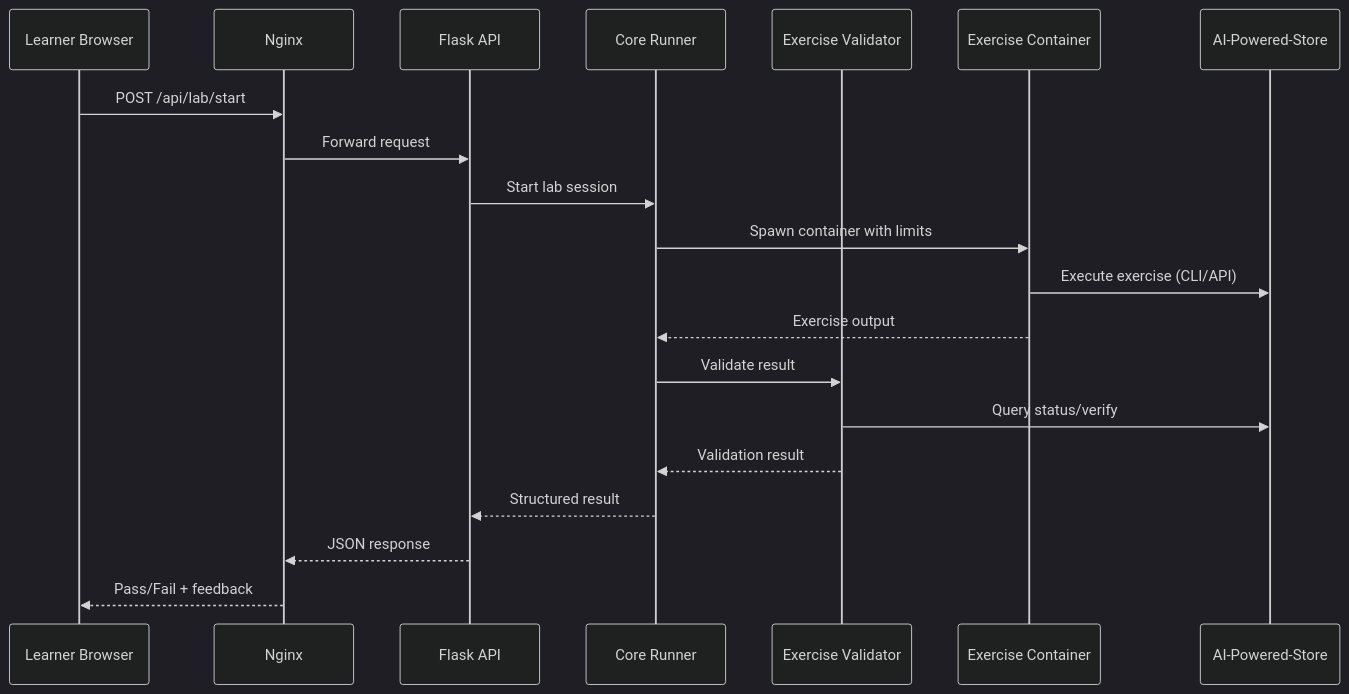
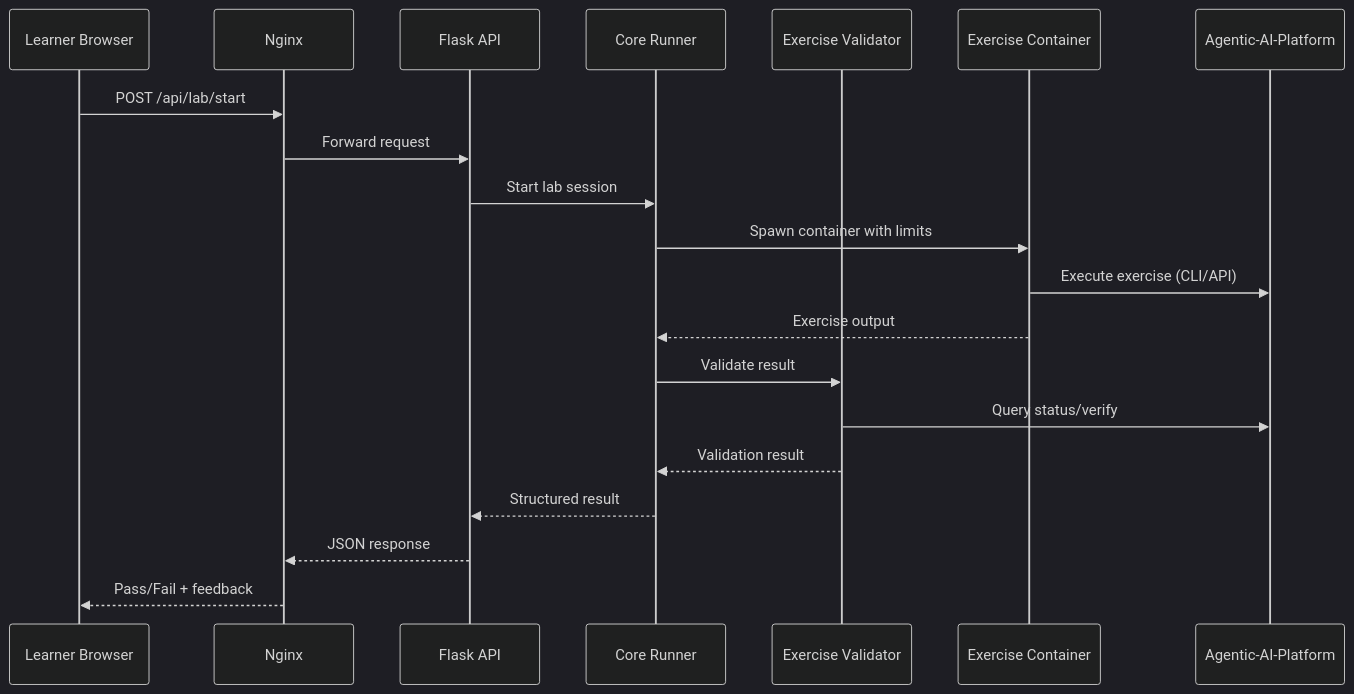
Before and after one commit to Sam9682/opcp-agentic-ai-labs: the second of 3 diagrams in .kiro/specs/ai-store-labs/design.md, drawn with Mermaid (dark theme). The commit also changed other lines of this file and 87 other files, not shown here.

````diff
--- a/.kiro/specs/ai-store-labs/design.md
+++ b/.kiro/specs/ai-store-labs/design.md
@@ -91,23 +91,23 @@
 ```mermaid
 sequenceDiagram
     participant L as Learner Browser
     participant N as Nginx
     participant F as Flask API
     participant R as Core Runner
     participant V as Exercise Validator
     participant C as Exercise Container
-    participant P as AI-Powered-Store
+    participant P as Agentic-AI-Platform
 
     L->>N: POST /api/lab/start
     N->>F: Forward request
     F->>R: Start lab session
     R->>C: Spawn container with limits
     C->>P: Execute exercise (CLI/API)
     C-->>R: Exercise output
     R->>V: Validate result
     V->>P: Query status/verify
     V-->>R: Validation result
     R-->>F: Structured result
     F-->>N: JSON response
     N-->>L: Pass/Fail + feedback
 ```
````
